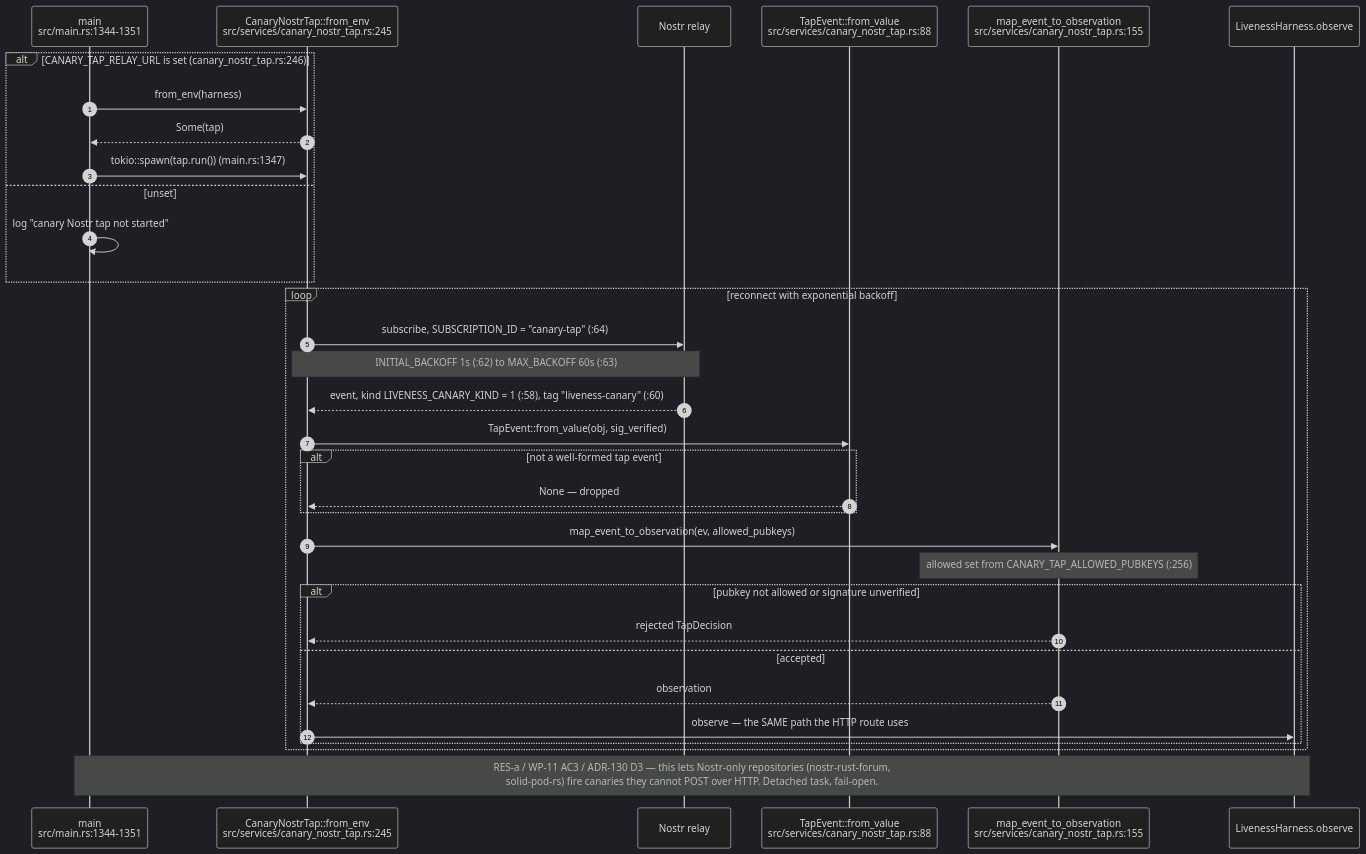
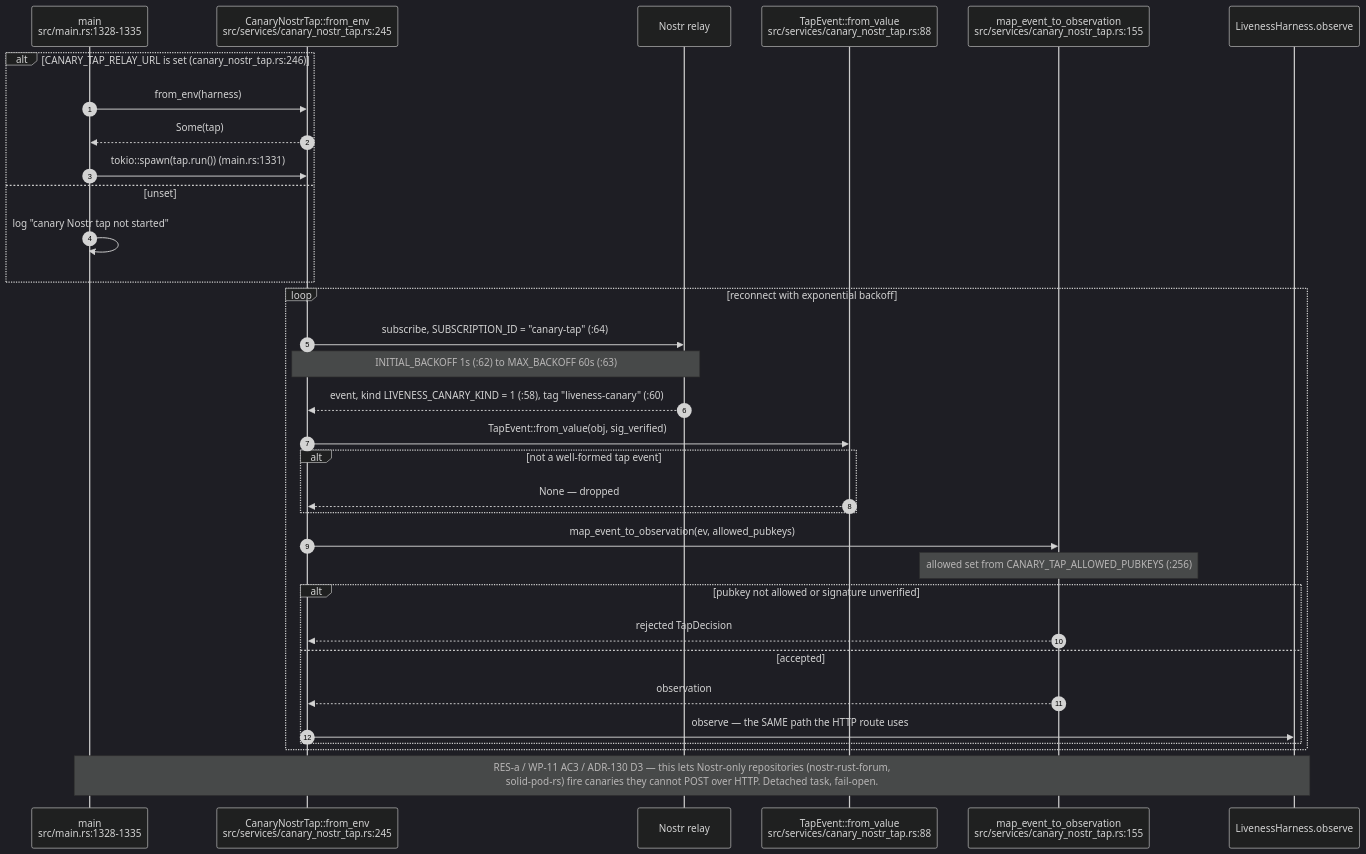
One commit to DreamLab-AI/VisionFlow changed the fifth of 9 diagrams in docs/diagrams/visionclaw/08-observability-health-and-dev-loop.md. Above: the diagram before and after it, drawn with Mermaid (dark theme). The commit also changed other lines of this file and 7 other files, not shown here.

````diff
--- a/docs/diagrams/visionclaw/08-observability-health-and-dev-loop.md
+++ b/docs/diagrams/visionclaw/08-observability-health-and-dev-loop.md
@@ -168,36 +168,36 @@
 ```mermaid
 sequenceDiagram
     autonumber
-    participant M as main<br/>src/main.rs:1344-1351
+    participant M as main<br/>src/main.rs:1328-1335
     participant T as CanaryNostrTap::from_env<br/>src/services/canary_nostr_tap.rs:245
     participant R as Nostr relay
     participant E as TapEvent::from_value<br/>src/services/canary_nostr_tap.rs:88
     participant D as map_event_to_observation<br/>src/services/canary_nostr_tap.rs:155
     participant LH as LivenessHarness.observe
 
     alt CANARY_TAP_RELAY_URL is set (canary_nostr_tap.rs:246)
         M->>T: from_env(harness)
         T-->>M: Some(tap)
-        M->>T: tokio::spawn(tap.run()) (main.rs:1347)
+        M->>T: tokio::spawn(tap.run()) (main.rs:1331)
     else unset
         M->>M: log "canary Nostr tap not started"
     end
     loop reconnect with exponential backoff
         T->>R: subscribe, SUBSCRIPTION_ID = "canary-tap" (:64)
         Note over T,R: INITIAL_BACKOFF 1s (:62) to MAX_BACKOFF 60s (:63)
         R-->>T: event, kind LIVENESS_CANARY_KIND = 1 (:58), tag "liveness-canary" (:60)
         T->>E: TapEvent::from_value(obj, sig_verified)
         alt not a well-formed tap event
             E-->>T: None — dropped
         end
         T->>D: map_event_to_observation(ev, allowed_pubkeys)
         Note over D: allowed set from CANARY_TAP_ALLOWED_PUBKEYS (:256)
         alt pubkey not allowed or signature unverified
             D-->>T: rejected TapDecision
         else accepted
             D-->>T: observation
             T->>LH: observe — the SAME path the HTTP route uses
         end
     end
     Note over M,LH: RES-a / WP-11 AC3 / ADR-130 D3 — this lets Nostr-only repositories (nostr-rust-forum,<br/>solid-pod-rs) fire canaries they cannot POST over HTTP. Detached task, fail-open.
 ```
````
